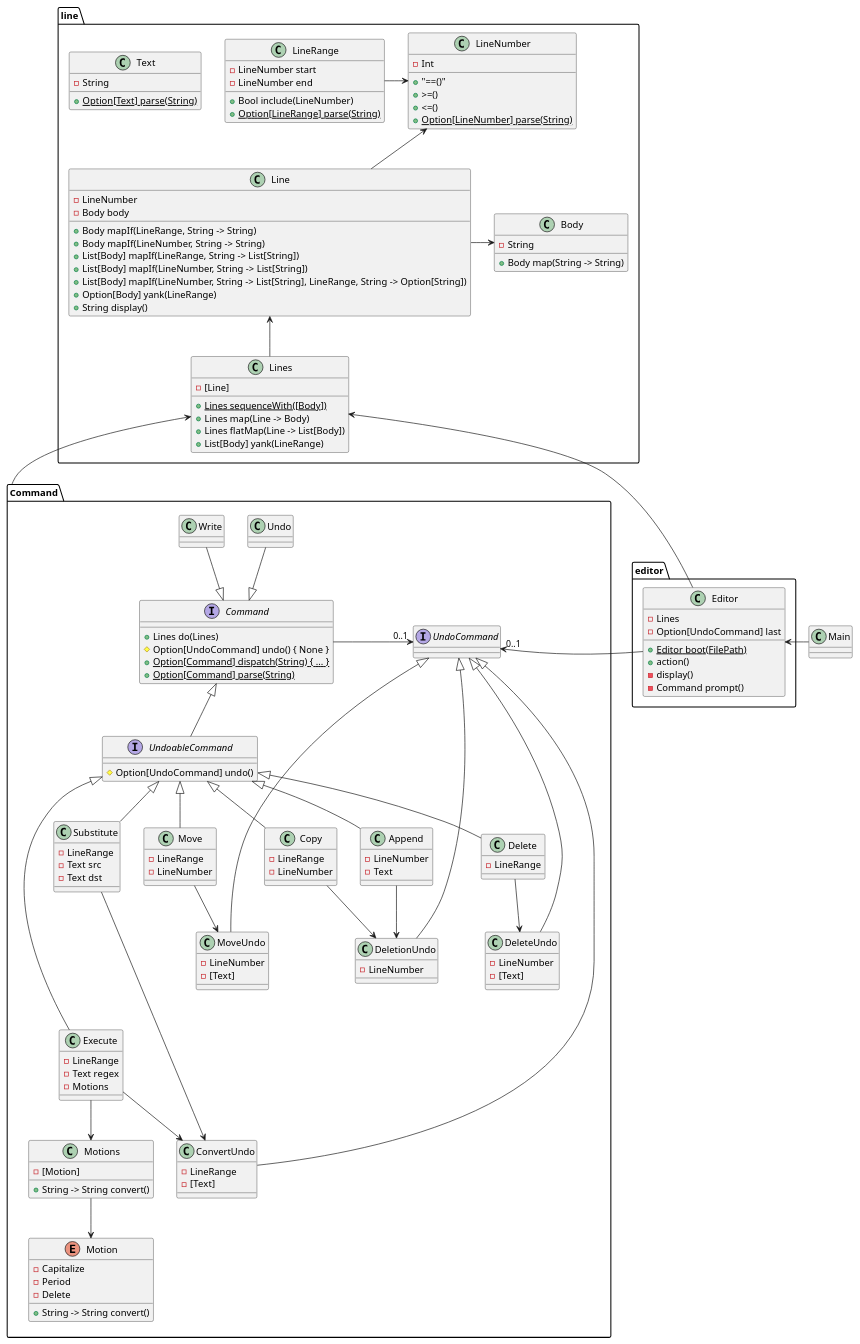
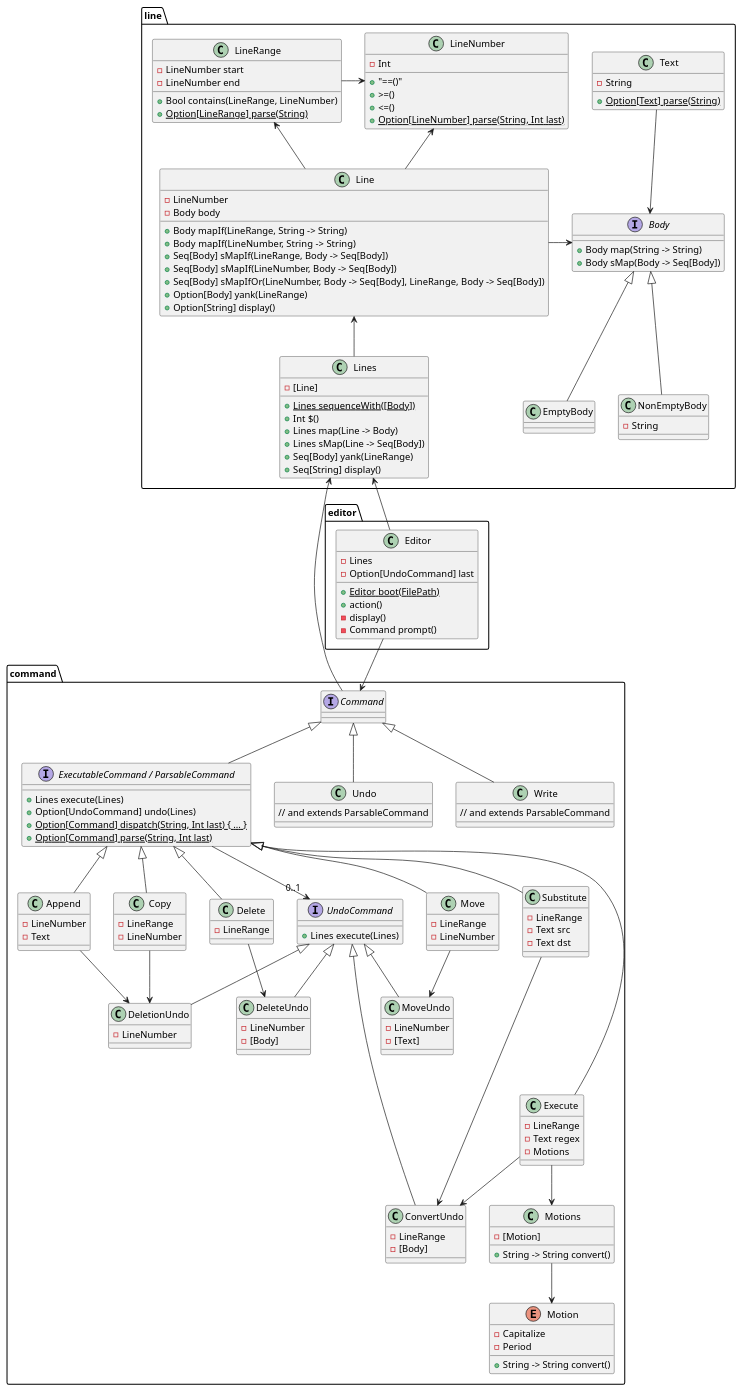
One commit to suzuki-hoge/hoge-works changed the diagram in doc/class.puml. Above: the diagram before and after it, drawn with PlantUML. The commit also changed 37 other files, not shown here.

First line of the commit message:
implement line package and command package.

```diff
--- a/doc/class.puml
+++ b/doc/class.puml
@@ -7,24 +7,33 @@
     + "==()"
     + >=()
     + <=()
-    + {static} Option[LineNumber] parse(String)
+    + {static} Option[LineNumber] parse(String, Int last)
   }
 
   class LineRange {
     - LineNumber start
     - LineNumber end
 
-    + Bool include(LineNumber)
+    + Bool contains(LineRange, LineNumber)
     + {static} Option[LineRange] parse(String)
   }
 
   LineRange -r-> LineNumber
 
-  class Body {
+  interface Body {
+    + Body map(String -> String)
+    + Body sMap(Body -> Seq[Body])
+  }
+
+  class NonEmptyBody {
     - String
+  }
 
-    + Body map(String -> String)
+  class EmptyBody {
   }
+
+  NonEmptyBody -u-|> Body
+  EmptyBody -u-|> Body
 
   class Text {
     - String
@@ -32,53 +41,57 @@
     + {static} Option[Text] parse(String)
   }
 
+  Text -d-> Body
+
   class Line {
     - LineNumber
     - Body body
 
     + Body mapIf(LineRange, String -> String)
     + Body mapIf(LineNumber, String -> String)
-    + List[Body] mapIf(LineRange, String -> List[String])
-    + List[Body] mapIf(LineNumber, String -> List[String])
-    + List[Body] mapIf(LineNumber, String -> List[String], LineRange, String -> Option[String])
+    + Seq[Body] sMapIf(LineRange, Body -> Seq[Body])
+    + Seq[Body] sMapIf(LineNumber, Body -> Seq[Body])
+    + Seq[Body] sMapIfOr(LineNumber, Body -> Seq[Body], LineRange, Body -> Seq[Body])
     + Option[Body] yank(LineRange)
-    + String display()
+    + Option[String] display()
   }
 
   Line -u-> LineNumber
+  Line -u-> LineRange
   Line -r-> Body
 
   class Lines {
     - [Line]
 
     + {static} Lines sequenceWith([Body])
+    + Int $()
     + Lines map(Line -> Body)
-    + Lines flatMap(Line -> List[Body])
-    + List[Body] yank(LineRange)
+    + Lines sMap(Line -> Seq[Body])
+    + Seq[Body] yank(LineRange)
+    + Seq[String] display()
   }
 
   Lines -u-> Line
 }
 
-package Command {
+package command {
   interface Command {
-    + Lines do(Lines)
-    # Option[UndoCommand] undo() { None }
-    + {static} Option[Command] dispatch(String) { ... }
-    + {static} Option[Command] parse(String)
   }
 
-  interface UndoableCommand {
-    # Option[UndoCommand] undo()
+  interface "ExecutableCommand / ParsableCommand" as ExecutableCommand {
+    + Lines execute(Lines)
+    + Option[UndoCommand] undo(Lines)
+    + {static} Option[Command] dispatch(String, Int last) { ... }
+    + {static} Option[Command] parse(String, Int last)
   }
 
-  UndoableCommand -u-|> Command
+  ExecutableCommand -u-|> Command
 
   interface UndoCommand {
+    + Lines execute(Lines)
   }
 
-  Command -r-> "0..1" UndoCommand
-  UndoableCommand -[hidden]u-> "0..1" UndoCommand
+  ExecutableCommand -d-> "0..1" UndoCommand
 
   class Append {
     - LineNumber
@@ -97,7 +110,7 @@
 
   class DeleteUndo {
     - LineNumber
-    - [Text]
+    - [Body]
   }
 
   Delete --> DeleteUndo
@@ -129,12 +142,13 @@
 
   class ConvertUndo {
     - LineRange
-    - [Text]
+    - [Body]
   }
 
   Substitute --> ConvertUndo
   
   class Undo {
+    // and extends ParsableCommand
   }
   
   class Execute {
@@ -154,7 +168,6 @@
   enum Motion {
     - Capitalize
     - Period
-    - Delete
     + String -> String convert()
   }
   
@@ -162,20 +175,21 @@
   Motions -d-> Motion
   
   class Write {
+    // and extends ParsableCommand
   }
   
-  Append -u-|> UndoableCommand
+  Append -u-|> ExecutableCommand
   DeletionUndo -u-|> UndoCommand
-  Delete -u-|> UndoableCommand
+  Delete -u-|> ExecutableCommand
   DeleteUndo -u-|> UndoCommand
-  Move -u-|> UndoableCommand
-  Copy -u-|> UndoableCommand
+  Move -u-|> ExecutableCommand
+  Copy -u-|> ExecutableCommand
   MoveUndo -u-|> UndoCommand
-  Substitute -u-|> UndoableCommand
-  Execute -u---|> UndoableCommand
+  Substitute -u-|> ExecutableCommand
+  Execute -u---|> ExecutableCommand
   ConvertUndo -u-|> UndoCommand
-  Undo --|> Command
-  Write --|> Command
+  Undo -u-|> Command
+  Write -u-|> Command
   Append -[hidden]r-> Delete
   Delete -[hidden]r-> Move
   Move -[hidden]r-> Substitute
@@ -195,9 +209,7 @@
   }
 }
 
-Editor -l-> "0..1" UndoCommand
-Editor -l-> Lines
-
-Main -l-> Editor
+Editor -d-> Command
+Editor -u-> Lines
 
 @enduml
```
